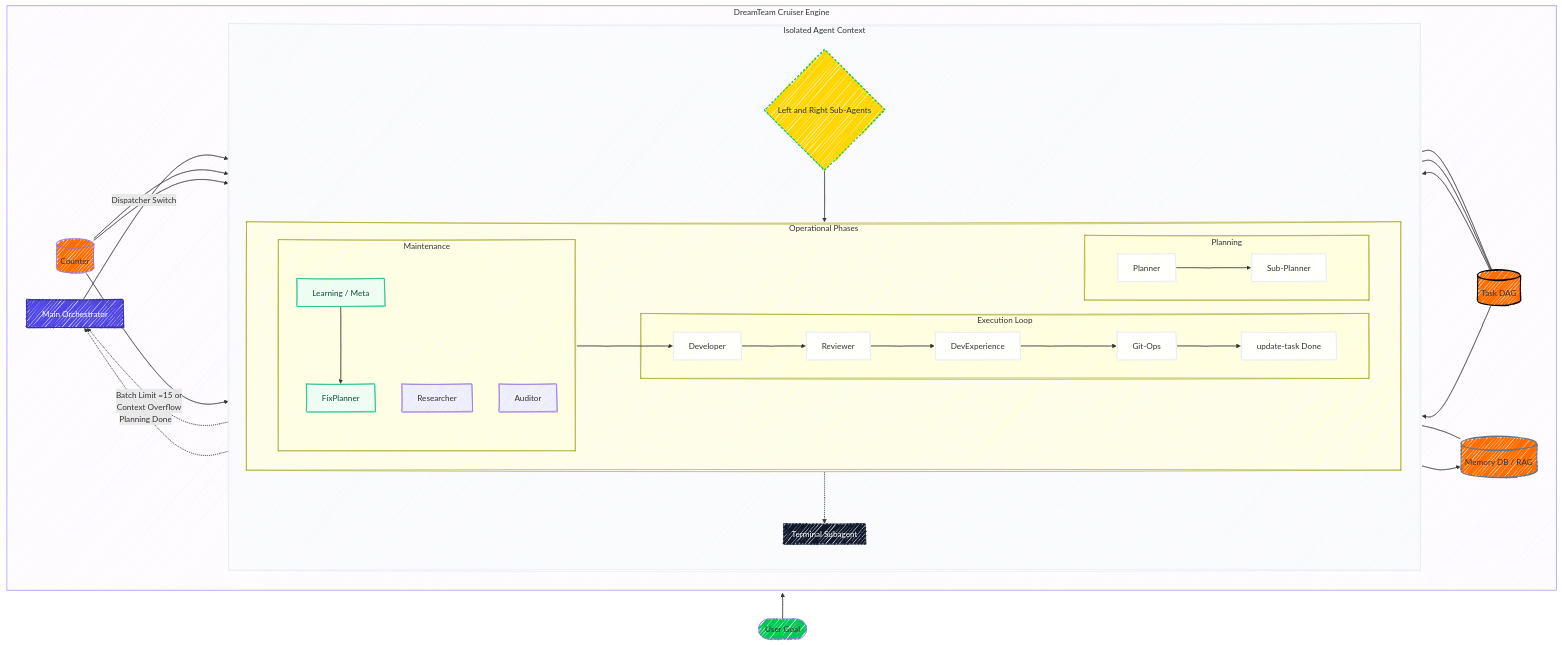
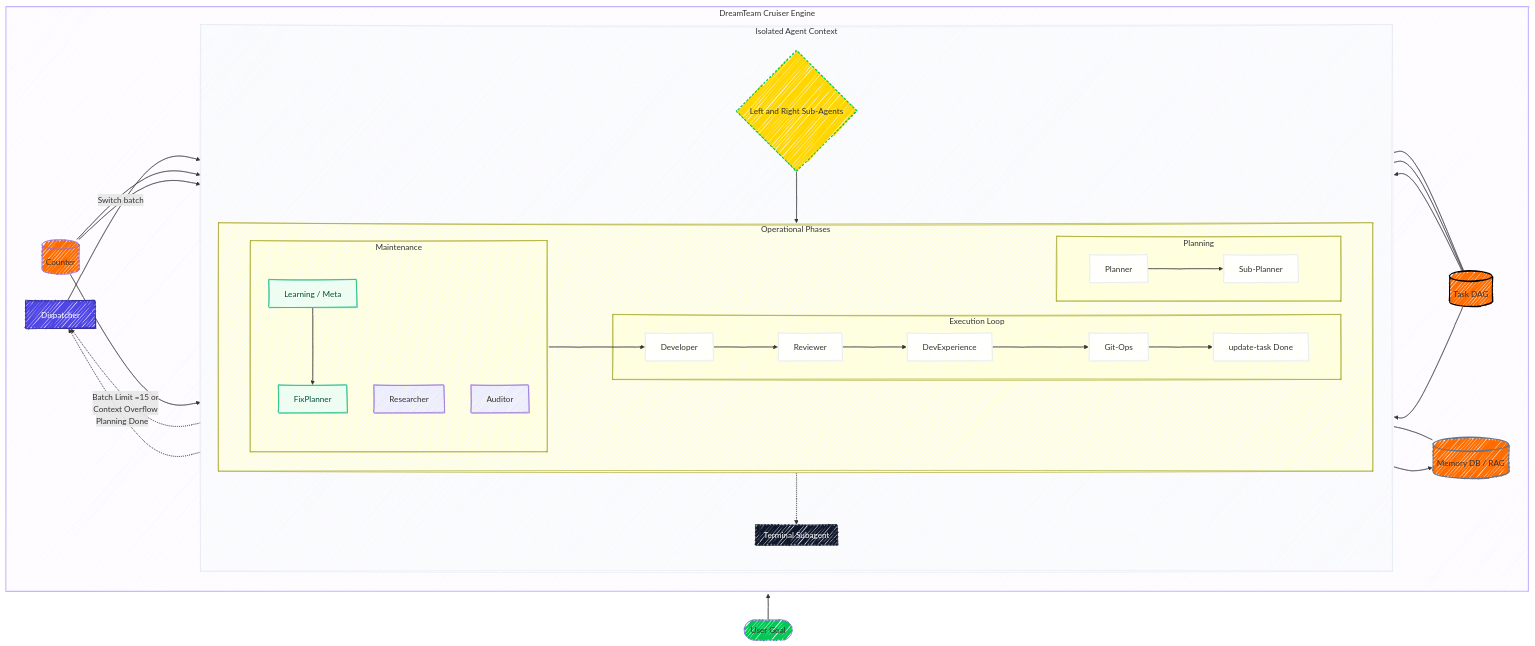
The diagram in README.md (budagov-lab/DreamTeam), drawn with Mermaid before and after one commit. The commit also changed other lines of this file and 11 other files, not shown here.

Commit message:
Final architectural hierarchy: Strategic Dispatcher and Operative Orchestrators. Mermaid sync.

```diff
--- a/README.md
+++ b/README.md
@@ -60,14 +69,14 @@
   end
  subgraph Engine["DreamTeam Cruiser Engine"]
     direction LR
-        MO["Main Orchestrator"]
+        DP["Dispatcher"]
         Context
         DAG[("Task DAG")]
         RAG[("Memory DB / RAG")]
         Counter[("Counter")]
   end
-    User(["User Goal"]) --> MO
-    MO -- Dispatcher Switch --> LR_Agent
+    User(["User Goal"]) --> DP
+    DP -- Switch batch --> LR_Agent
     LR_Agent --> Ops
     P1 --> P2
     E1 --> E2
@@ -80,8 +89,8 @@
     M2 --- DAG
     M3 --- RAG
     Upd -. "Batch Limit =15 or
-    Context Overflow" .-> MO
-    P2 -. Planning Done .-> MO
+    Context Overflow" .-> DP
+    P2 -. Planning Done .-> DP
     M4 --> RAG
     Counter --> M4 & M3 & M1
     DAG --> M4 & M3
@@ -98,7 +107,7 @@
      M3:::maintain
      LR_Agent:::clsOrch
      Term:::clsInfra
-     MO:::clsMain
+     DP:::clsMain
      DAG:::clsDB
      RAG:::clsDB
     classDef clsMain fill:#4f46e5,color:#fff,stroke:#3730a3,stroke-width:2px,rx:10
```
